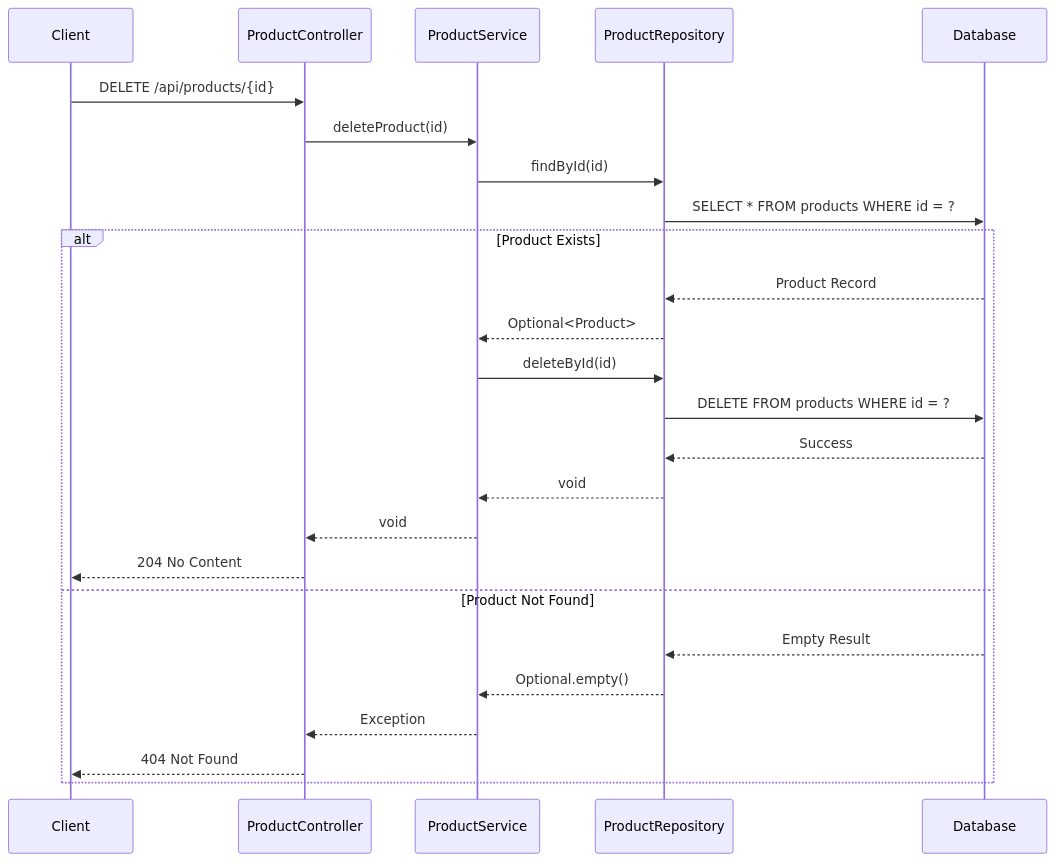
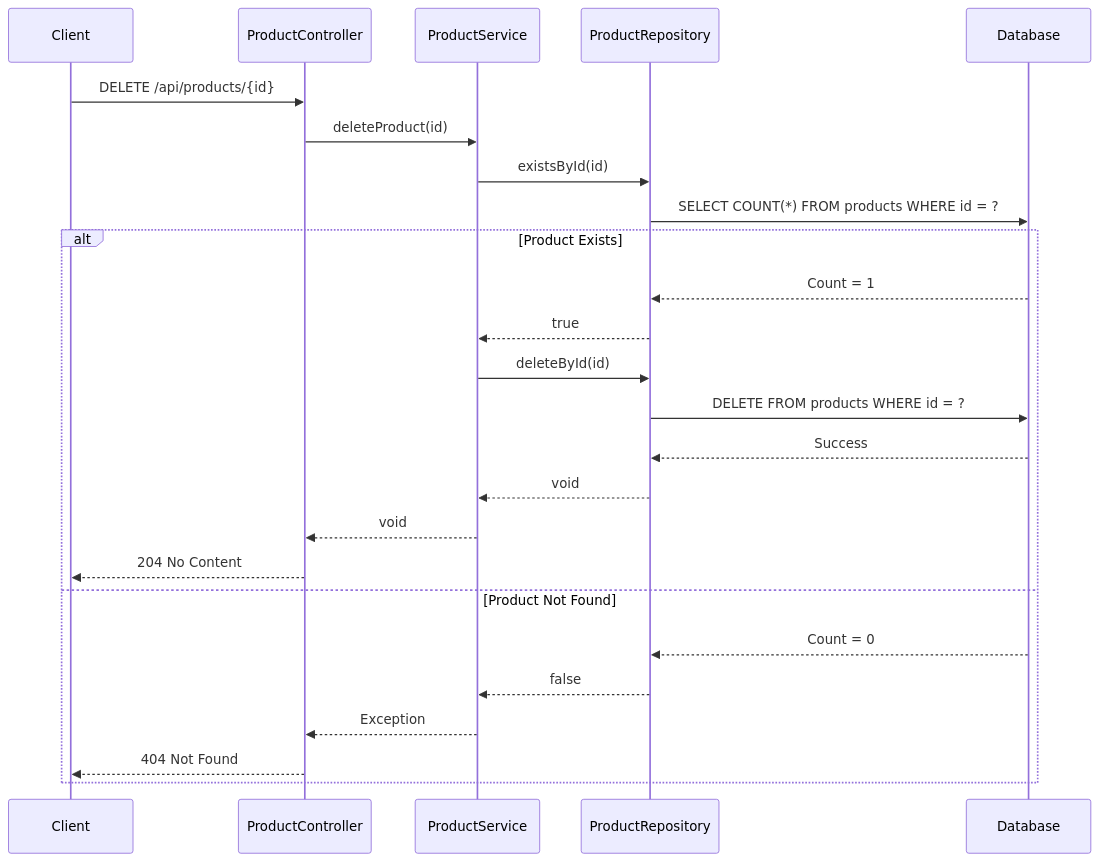
One commit to NavneetBN47/aava-ecom-demo changed the seventh of 13 diagrams in docs/LLD/modified_lld.md. Above: the diagram before and after it, drawn with Mermaid. The commit also changed other lines of this file, not shown here.

````diff
--- a/docs/LLD/modified_lld.md
+++ b/docs/LLD/modified_lld.md
@@ -300,29 +270,29 @@
 ```mermaid
 sequenceDiagram
     participant Client
     participant ProductController
     participant ProductService
     participant ProductRepository
     participant Database
 
     Client->>ProductController: DELETE /api/products/{id}
     ProductController->>ProductService: deleteProduct(id)
-    ProductService->>ProductRepository: findById(id)
-    ProductRepository->>Database: SELECT * FROM products WHERE id = ?
+    ProductService->>ProductRepository: existsById(id)
+    ProductRepository->>Database: SELECT COUNT(*) FROM products WHERE id = ?
     
     alt Product Exists
-        Database-->>ProductRepository: Product Record
-        ProductRepository-->>ProductService: Optional<Product>
+        Database-->>ProductRepository: Count = 1
+        ProductRepository-->>ProductService: true
         ProductService->>ProductRepository: deleteById(id)
         ProductRepository->>Database: DELETE FROM products WHERE id = ?
         Database-->>ProductRepository: Success
         ProductRepository-->>ProductService: void
         ProductService-->>ProductController: void
         ProductController-->>Client: 204 No Content
     else Product Not Found
-        Database-->>ProductRepository: Empty Result
-        ProductRepository-->>ProductService: Optional.empty()
+        Database-->>ProductRepository: Count = 0
+        ProductRepository-->>ProductService: false
         ProductService-->>ProductController: Exception
         ProductController-->>Client: 404 Not Found
     end
 ```
````
